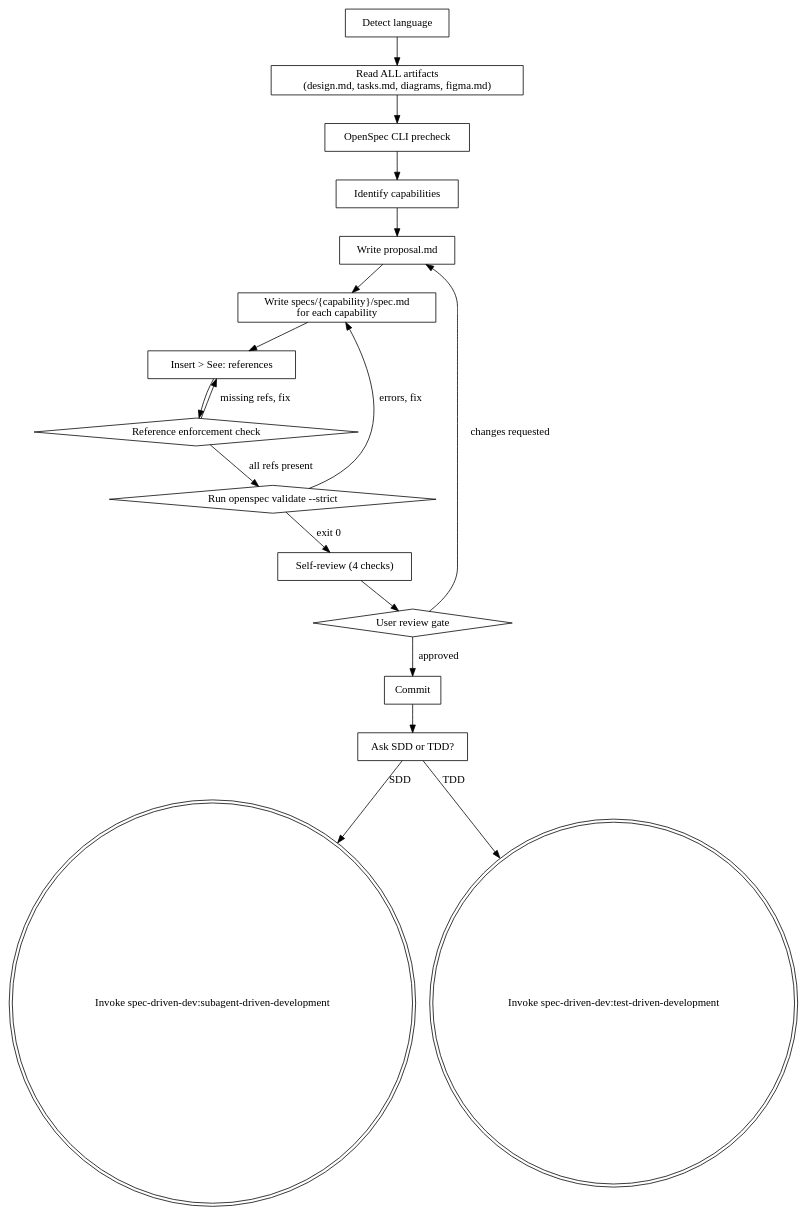
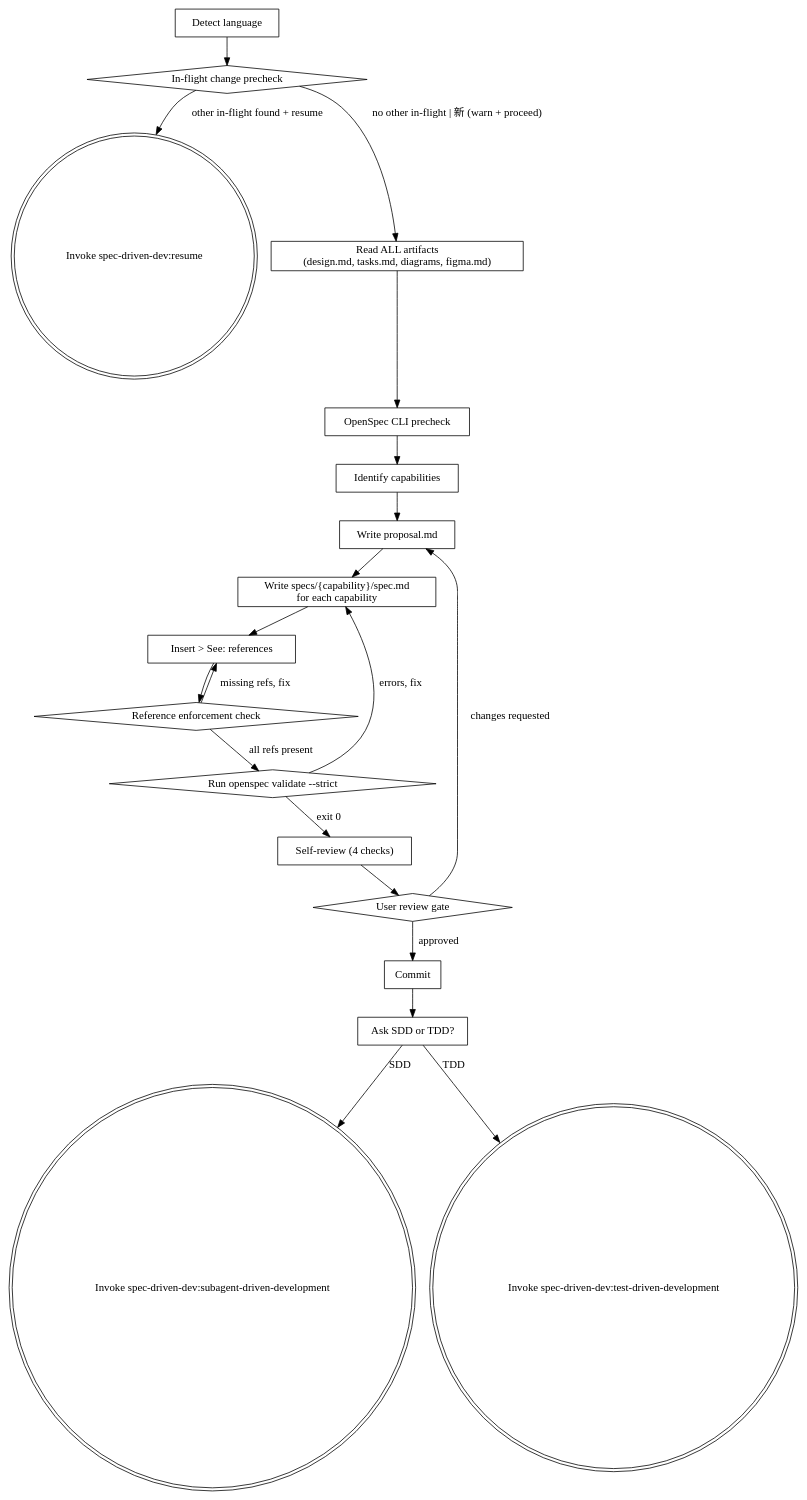
Before and after one commit to BIBIOTA/yuki-marketplace: the diagram in plugins/spec-driven-dev/skills/writing-spec/SKILL.md, drawn with Graphviz. The commit also changed other lines of this file and 13 other files, not shown here.

````diff
--- a/plugins/spec-driven-dev/skills/writing-spec/SKILL.md
+++ b/plugins/spec-driven-dev/skills/writing-spec/SKILL.md
@@ -71,39 +78,43 @@
 ```dot
 digraph writing_spec {
     rankdir=TB;
 
     "Detect language" [shape=box];
+    "In-flight change precheck" [shape=diamond];
+    "Invoke spec-driven-dev:resume" [shape=doublecircle];
     "Read ALL artifacts\n(design.md, tasks.md, diagrams, figma.md)" [shape=box];
     "OpenSpec CLI precheck" [shape=box];
     "Identify capabilities" [shape=box];
     "Write proposal.md" [shape=box];
     "Write specs/{capability}/spec.md\nfor each capability" [shape=box];
     "Insert > See: references" [shape=box];
     "Reference enforcement check" [shape=diamond];
     "Run openspec validate --strict" [shape=diamond];
     "Self-review (4 checks)" [shape=box];
     "User review gate" [shape=diamond];
     "Commit" [shape=box];
     "Ask SDD or TDD?" [shape=box];
     "Invoke spec-driven-dev:subagent-driven-development" [shape=doublecircle];
     "Invoke spec-driven-dev:test-driven-development" [shape=doublecircle];
 
-    "Detect language" -> "Read ALL artifacts\n(design.md, tasks.md, diagrams, figma.md)";
+    "Detect language" -> "In-flight change precheck";
+    "In-flight change precheck" -> "Invoke spec-driven-dev:resume" [label="other in-flight found + resume"];
+    "In-flight change precheck" -> "Read ALL artifacts\n(design.md, tasks.md, diagrams, figma.md)" [label="no other in-flight | 新 (warn + proceed)"];
     "Read ALL artifacts\n(design.md, tasks.md, diagrams, figma.md)" -> "OpenSpec CLI precheck";
     "OpenSpec CLI precheck" -> "Identify capabilities";
     "Identify capabilities" -> "Write proposal.md";
     "Write proposal.md" -> "Write specs/{capability}/spec.md\nfor each capability";
     "Write specs/{capability}/spec.md\nfor each capability" -> "Insert > See: references";
     "Insert > See: references" -> "Reference enforcement check";
     "Reference enforcement check" -> "Insert > See: references" [label="missing refs, fix"];
     "Reference enforcement check" -> "Run openspec validate --strict" [label="all refs present"];
     "Run openspec validate --strict" -> "Write specs/{capability}/spec.md\nfor each capability" [label="errors, fix"];
     "Run openspec validate --strict" -> "Self-review (4 checks)" [label="exit 0"];
     "Self-review (4 checks)" -> "User review gate";
     "User review gate" -> "Write proposal.md" [label="changes requested"];
     "User review gate" -> "Commit" [label="approved"];
     "Commit" -> "Ask SDD or TDD?";
     "Ask SDD or TDD?" -> "Invoke spec-driven-dev:subagent-driven-development" [label="SDD"];
     "Ask SDD or TDD?" -> "Invoke spec-driven-dev:test-driven-development" [label="TDD"];
 }
 ```
````
